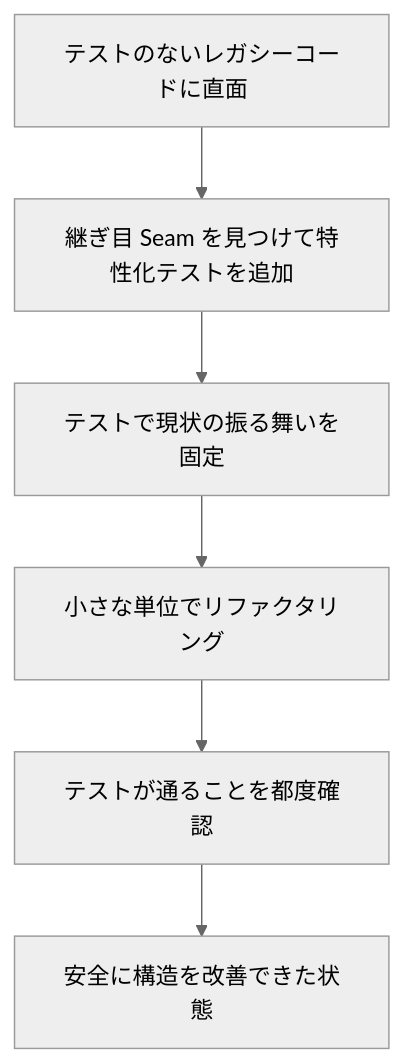
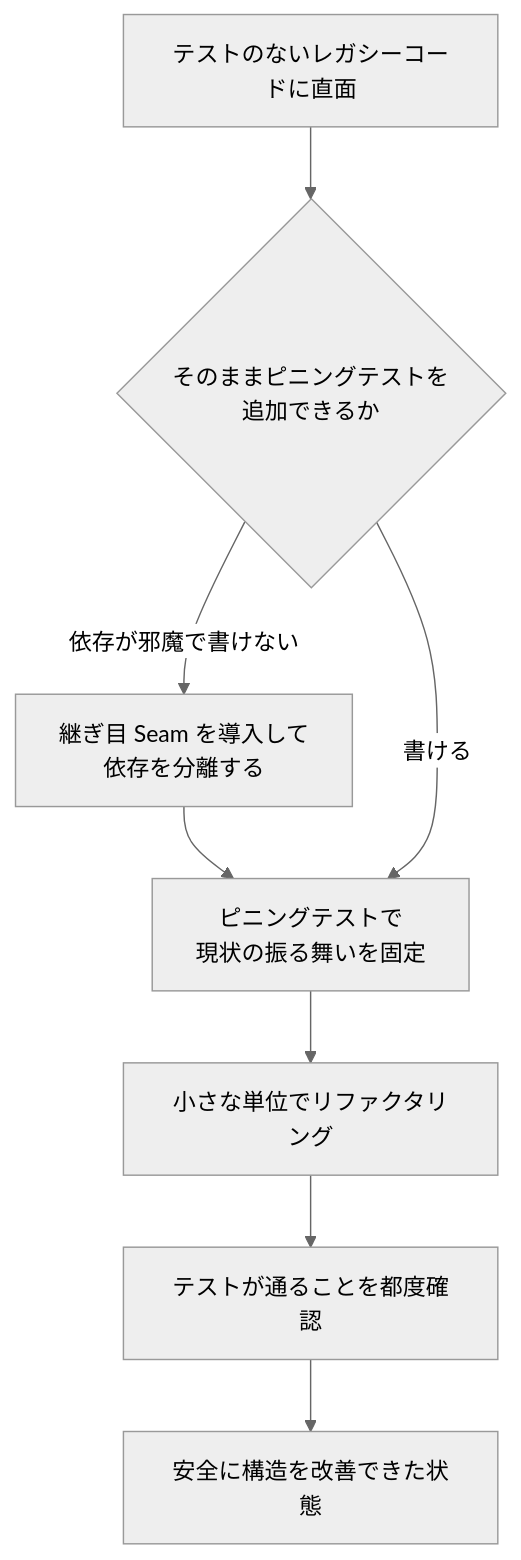
One commit to myoshi2891/Cloud-Infrastructure-Studies changed the sixth of 6 diagrams in Beyond-legacy-code-guide.md. Above: the diagram before and after it, drawn with Mermaid (neutral theme). The commit also changed other lines of this file, not shown here.

Commit message:
docs(legacy-code): distinguish pinning tests from characterization tests and clarify seam usage in Beyond Legacy Code guide

````diff
--- a/Beyond-legacy-code-guide.md
+++ b/Beyond-legacy-code-guide.md
@@ -227,8 +229,10 @@
 ```mermaid
 flowchart TB
-    L1["テストのないレガシーコードに直面"] --> L2["継ぎ目 Seam を見つけて特性化テストを追加"]
-    L2 --> L3["テストで現状の振る舞いを固定"]
+    L1["テストのないレガシーコードに直面"] --> L2{"そのままピニングテストを<br/>追加できるか"}
+    L2 -->|依存が邪魔で書けない| S1["継ぎ目 Seam を導入して<br/>依存を分離する"]
+    S1 --> L3
+    L2 -->|書ける| L3["ピニングテストで<br/>現状の振る舞いを固定"]
     L3 --> L4["小さな単位でリファクタリング"]
     L4 --> L5["テストが通ることを都度確認"]
     L5 --> L6["安全に構造を改善できた状態"]
 ```
````
